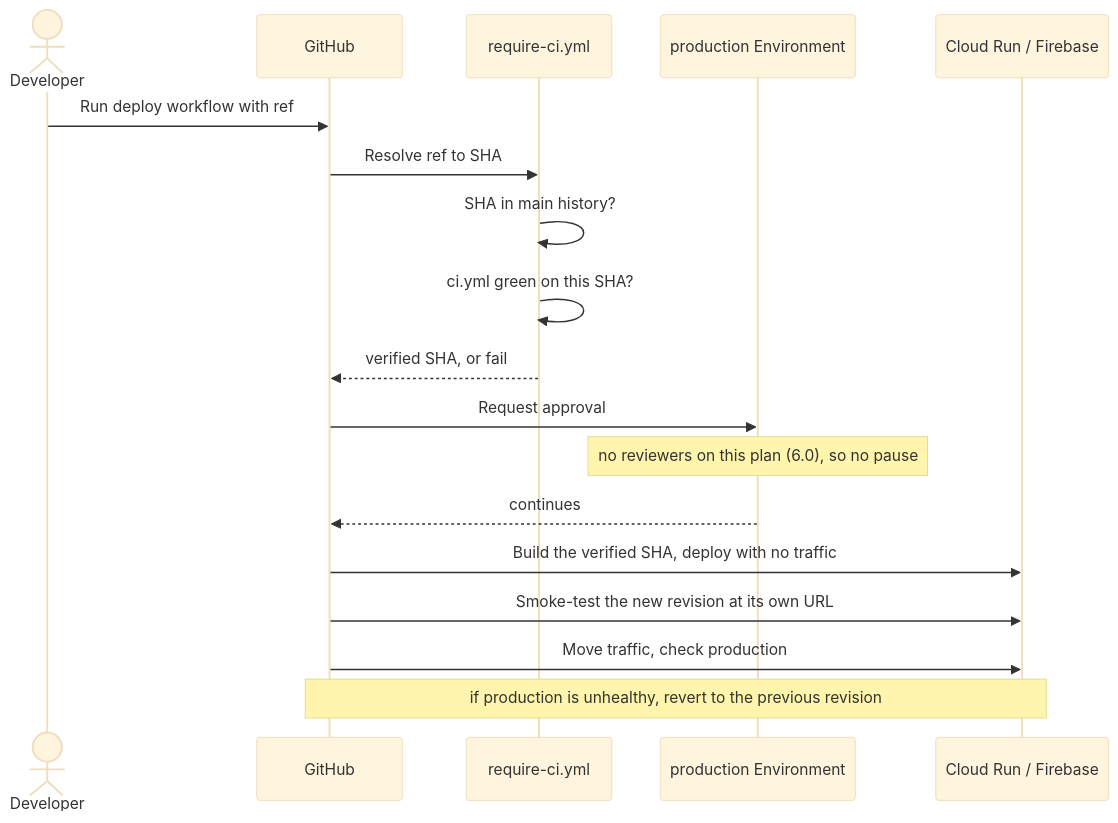
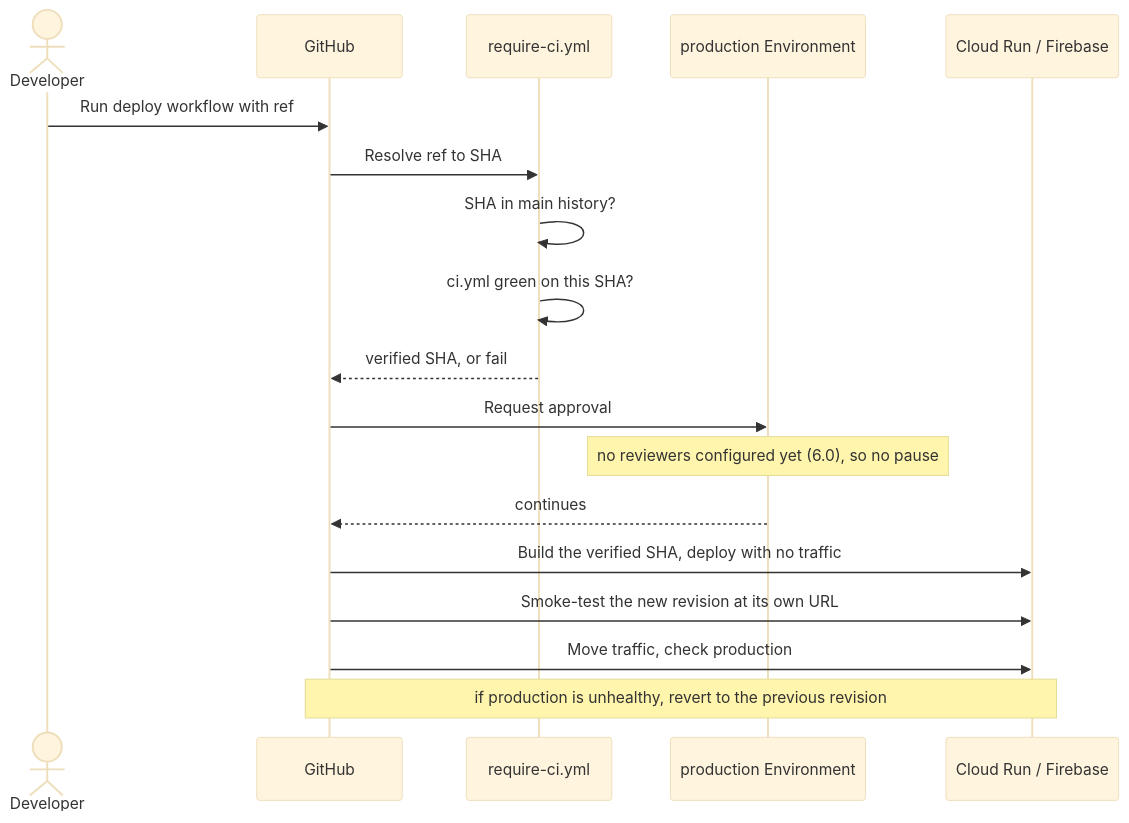
The fourth of 5 diagrams in docs/ai-native-sdlc-playbook.md (balureddy003/LifeKeel), drawn with Mermaid (base theme) before and after one commit. The commit also changed other lines of this file and 23 other files, not shown here.

````diff
--- a/docs/ai-native-sdlc-playbook.md
+++ b/docs/ai-native-sdlc-playbook.md
@@ -353,20 +353,20 @@
 ```mermaid
 sequenceDiagram
   actor Dev as Developer
   participant GH as GitHub
   participant RC as require-ci.yml
   participant Env as production Environment
   participant Cloud as Cloud Run / Firebase
   Dev->>GH: Run deploy workflow with ref
   GH->>RC: Resolve ref to SHA
   RC->>RC: SHA in main history?
   RC->>RC: ci.yml green on this SHA?
   RC-->>GH: verified SHA, or fail
   GH->>Env: Request approval
-  Note over Env: no reviewers on this plan (6.0), so no pause
+  Note over Env: no reviewers configured yet (6.0), so no pause
   Env-->>GH: continues
   GH->>Cloud: Build the verified SHA, deploy with no traffic
   GH->>Cloud: Smoke-test the new revision at its own URL
   GH->>Cloud: Move traffic, check production
   Note over GH,Cloud: if production is unhealthy, revert to the previous revision
 ```
````
